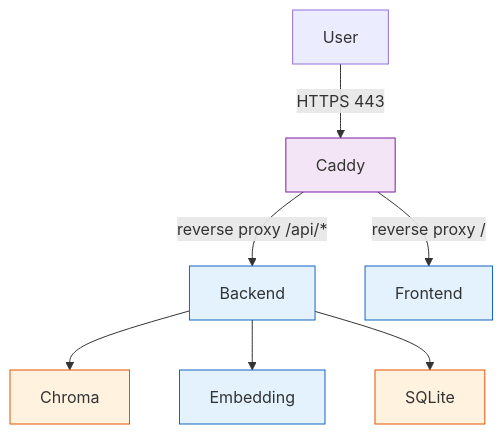
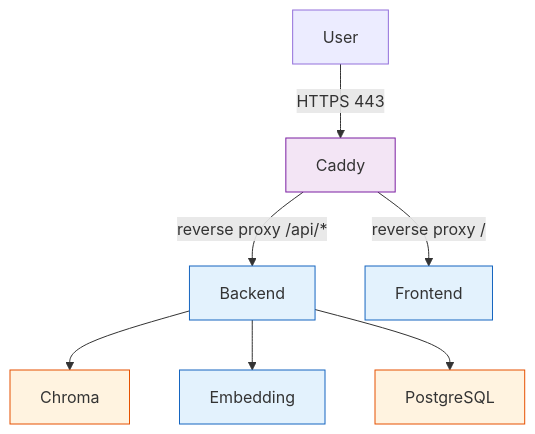
One commit to n-marusov/vedo-help changed the diagram in docs/deployment.md. Above: the diagram before and after it, drawn with Mermaid. The commit also changed other lines of this file and 12 other files, not shown here.

First line of the commit message:
feat: update backup/restore scripts, CI, and documentation for PostgreSQL

````diff
--- a/docs/deployment.md
+++ b/docs/deployment.md
@@ -7,16 +7,16 @@
 ```mermaid
 graph TB
     User -- HTTPS 443 --> Caddy
     Caddy -- reverse proxy /api/* --> Backend
     Caddy -- reverse proxy / --> Frontend
     Backend --> Chroma
     Backend --> Embedding
-    Backend --> SQLite
+    Backend --> PostgreSQL
 
     classDef svc fill:#e3f2fd,stroke:#1565c0
     classDef proxy fill:#f3e5f5,stroke:#7b1fa2
     classDef db fill:#fff3e0,stroke:#e65100
     class Caddy proxy
     class Backend,Frontend,Embedding svc
-    class Chroma,SQLite db
+    class Chroma,PostgreSQL db
 ```
````
